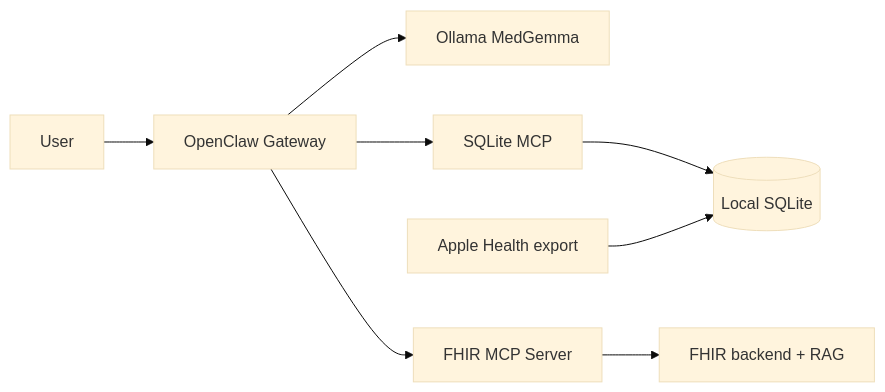
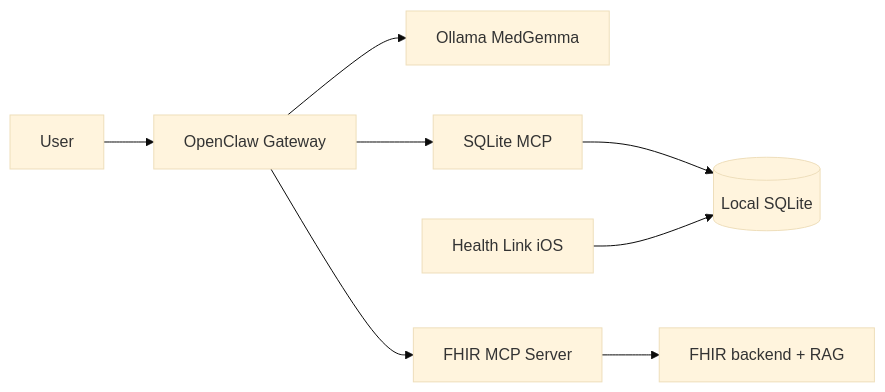
Before and after one commit to CGU-AI4Humanity/openclaw_health_wallet: the second of 2 diagrams in README.md, drawn with Mermaid (base theme). The commit also changed other lines of this file and 12 other files, not shown here.

First line of the commit message:
Add Health Link iOS companion to monorepo for QR Apple Health sync.

````diff
--- a/README.md
+++ b/README.md
@@ -68,10 +68,10 @@
 ```mermaid
 flowchart LR
   U[User] --> OC[OpenClaw Gateway]
   OC --> MG[Ollama MedGemma]
   OC --> LMCP[SQLite MCP]
   OC --> RMCP[FHIR MCP Server]
   LMCP --> DB[(Local SQLite)]
-  AH[Apple Health export] --> DB
+  HL[Health Link iOS] --> DB
   RMCP --> FHIR[FHIR backend + RAG]
 ```
````
